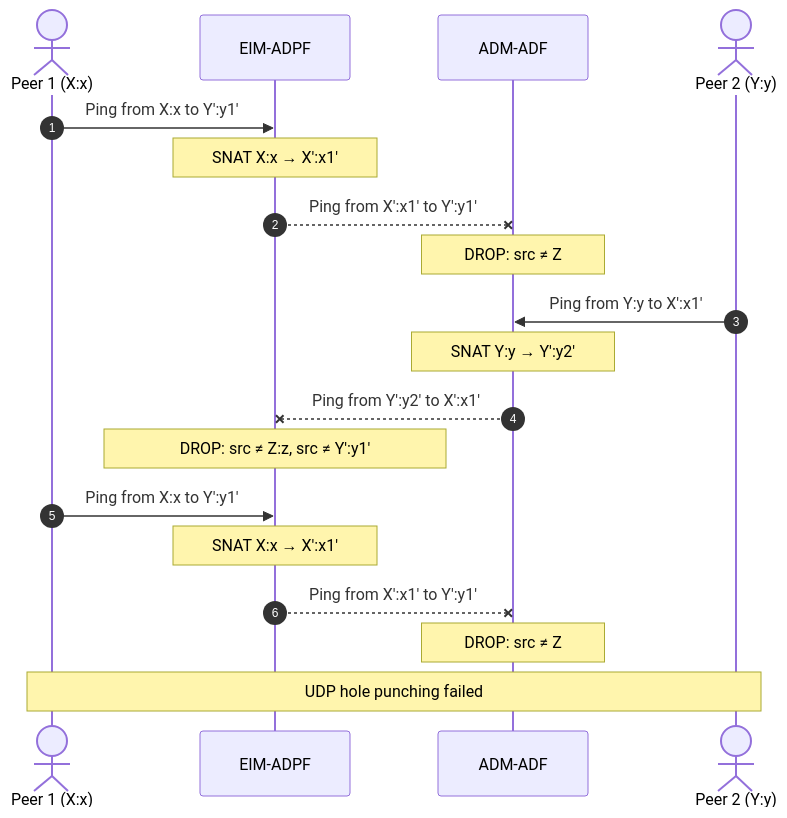
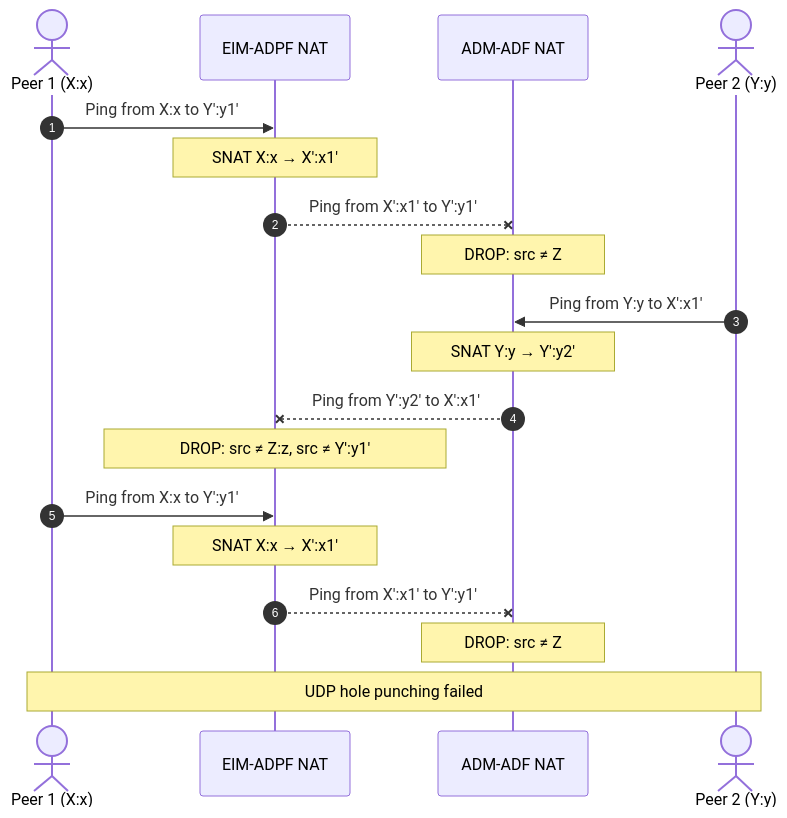
The sixth of 7 diagrams in test_suite/README.md (eduP2P/common), drawn with Mermaid before and after one commit. The commit also changed other lines of this file, not shown here.

````diff
--- a/test_suite/README.md
+++ b/test_suite/README.md
@@ -1038,30 +1049,30 @@
     ``` mermaid
     sequenceDiagram
        autonumber
 
        actor p1 as Peer 1 (X:x)
-       participant nat1 as EIM-ADPF
-       participant nat2 as ADM-ADF
+       participant nat1 as EIM-ADPF NAT
+       participant nat2 as ADM-ADF NAT
        actor p2 as Peer 2 (Y:y)
 
        %% Ping 1 from Peer 1
        p1->>nat1: Ping from X:x to Y':y1'
        Note over nat1: SNAT X:x #8594; X':x1'
        nat1--xnat2: Ping from X':x1' to Y':y1'
        Note over nat2: DROP: src #8800; Z
 
        %% Ping 1 from Peer 2
        p2->>nat2: Ping from Y:y to X':x1'
        Note over nat2: SNAT Y:y #8594; Y':y2'
        nat2--xnat1: Ping from Y':y2' to X':x1'
        Note over nat1: DROP: src #8800; Z:z, src #8800; Y':y1'
 
        %% Ping 2 from Peer 1
        p1->>nat1: Ping from X:x to Y':y1'
        Note over nat1: SNAT X:x #8594; X':x1'
        nat1--xnat2: Ping from X':x1' to Y':y1'
        Note over nat2: DROP: src #8800; Z
 
        %% Fail
        Note over p1,p2: UDP hole punching failed
     ```
````
